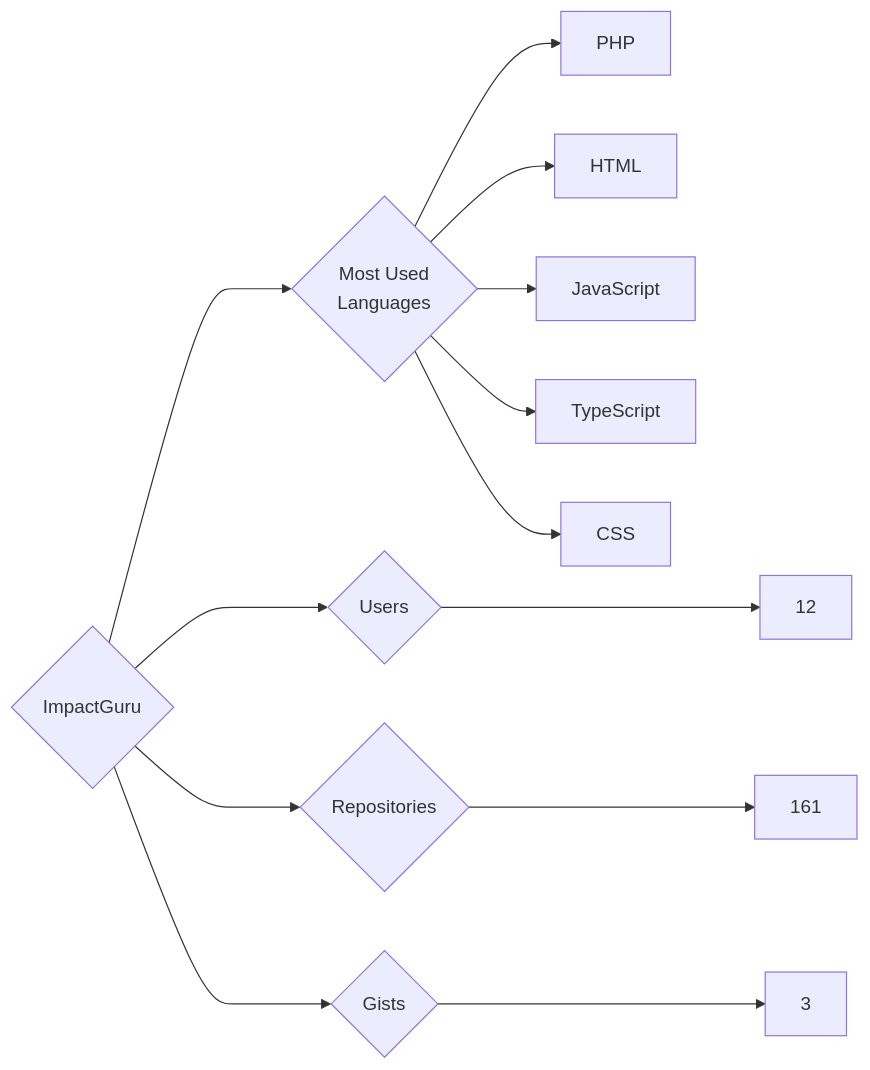
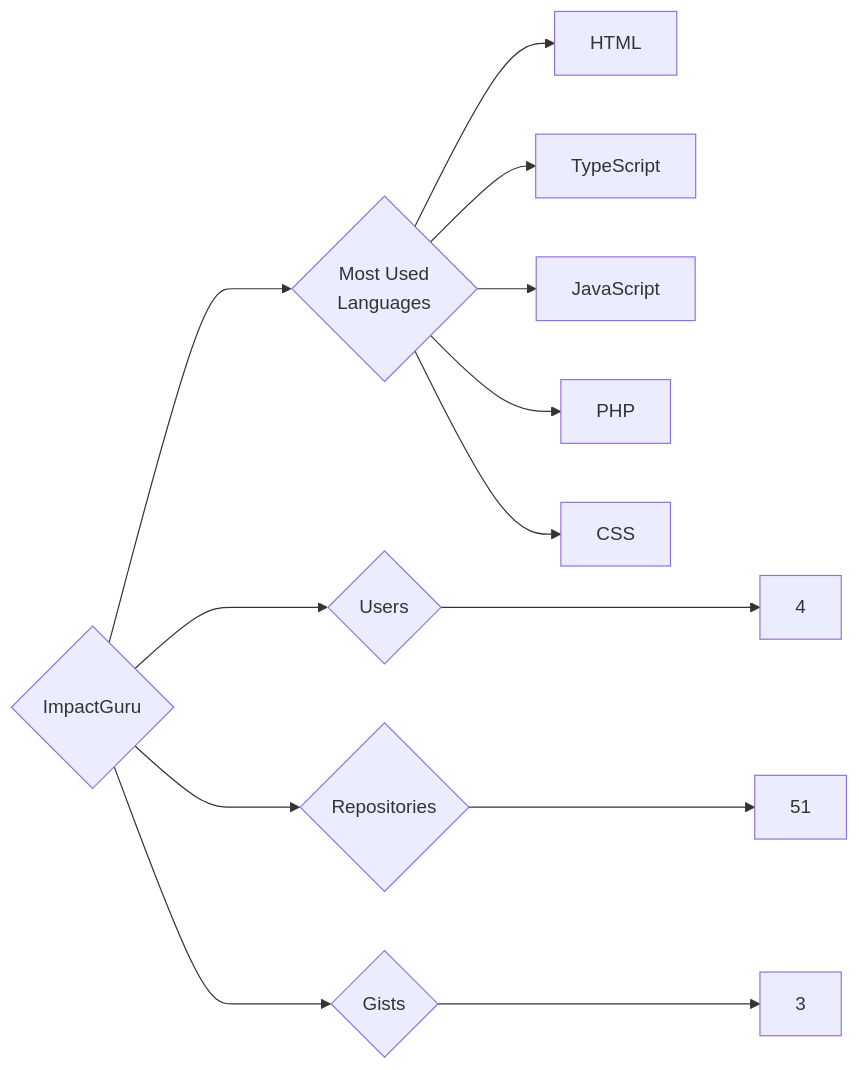
One commit to trickest/insiders changed the diagram in targets/ImpactGuru/README.md. Above: the diagram before and after it, drawn with Mermaid. The commit also changed 1020 other files, not shown here.

````diff
--- a/targets/ImpactGuru/README.md
+++ b/targets/ImpactGuru/README.md
@@ -3,13 +3,13 @@
 ```mermaid
 graph LR
 COMPANY_NAME{ImpactGuru}
-COMPANY_NAME ---> U{Users} ---> UN[12]
-COMPANY_NAME ---> R{Repositories} ---> RN[161]
+COMPANY_NAME ---> U{Users} ---> UN[4]
+COMPANY_NAME ---> R{Repositories} ---> RN[51]
 COMPANY_NAME ---> G{Gists} ---> GN[3]
 COMPANY_NAME ---> ML{Most Used<br>Languages}
+ML --> HTML[HTML]
+ML --> TypeScript[TypeScript]
+ML --> JavaScript[JavaScript]
 ML --> PHP[PHP]
-ML --> HTML[HTML]
-ML --> JavaScript[JavaScript]
-ML --> TypeScript[TypeScript]
 ML --> CSS[CSS]
 ```
````
